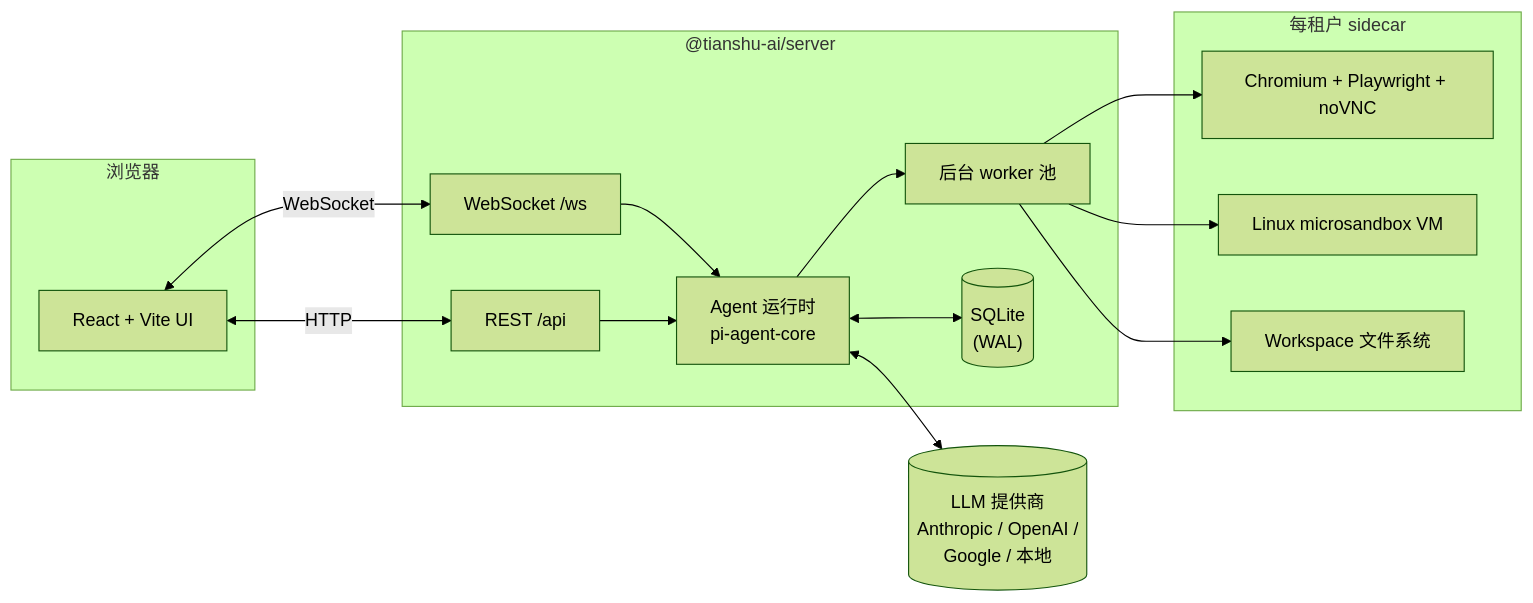
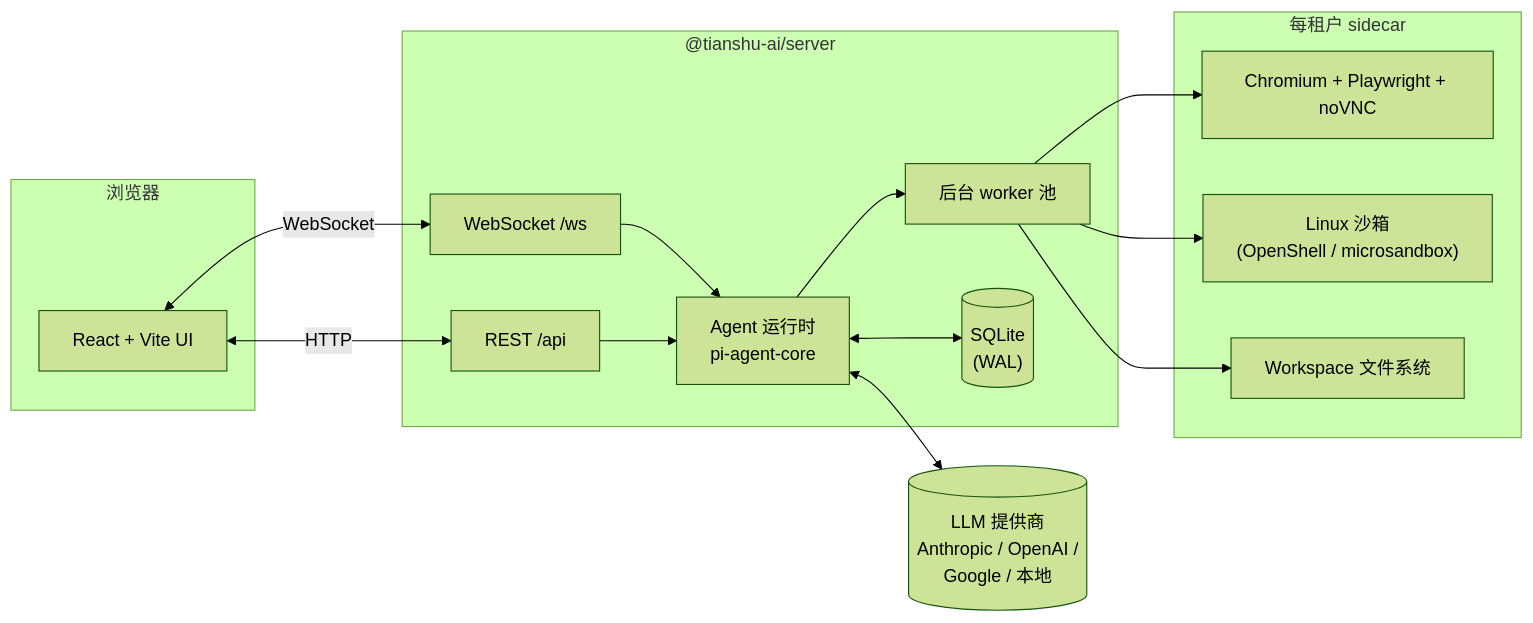
The diagram in README.zh-CN.md (tianshu-ai/tianshu), drawn with Mermaid (forest theme) before and after one commit. The commit also changed other lines of this file and 2 other files, not shown here.

First line of the commit message:
docs: recommend OpenShell as the default sandbox, microsandbox as the alt

````diff
--- a/README.zh-CN.md
+++ b/README.zh-CN.md
@@ -303,33 +307,33 @@
 ```mermaid
 flowchart LR
   subgraph Browser["浏览器"]
     UI["React + Vite UI"]
   end
 
   subgraph Server["@tianshu-ai/server"]
     REST["REST /api"]
     WS["WebSocket /ws"]
     Agent["Agent 运行时<br/>pi-agent-core"]
     Workers["后台 worker 池"]
     DB[("SQLite<br/>(WAL)")]
   end
 
   subgraph Sidecars["每租户 sidecar"]
     ChromiumBox["Chromium + Playwright + noVNC"]
-    SandBox["Linux microsandbox VM"]
+    SandBox["Linux 沙箱<br/>(OpenShell / microsandbox)"]
     Files["Workspace 文件系统"]
   end
 
   LLM[(LLM 提供商<br/>Anthropic / OpenAI /<br/>Google / 本地)]
 
   UI <-- WebSocket --> WS
   UI <-- HTTP --> REST
   WS --> Agent
   REST --> Agent
   Agent <--> DB
   Agent --> Workers
   Workers --> ChromiumBox
   Workers --> SandBox
   Workers --> Files
   Agent <--> LLM
 ```
````
